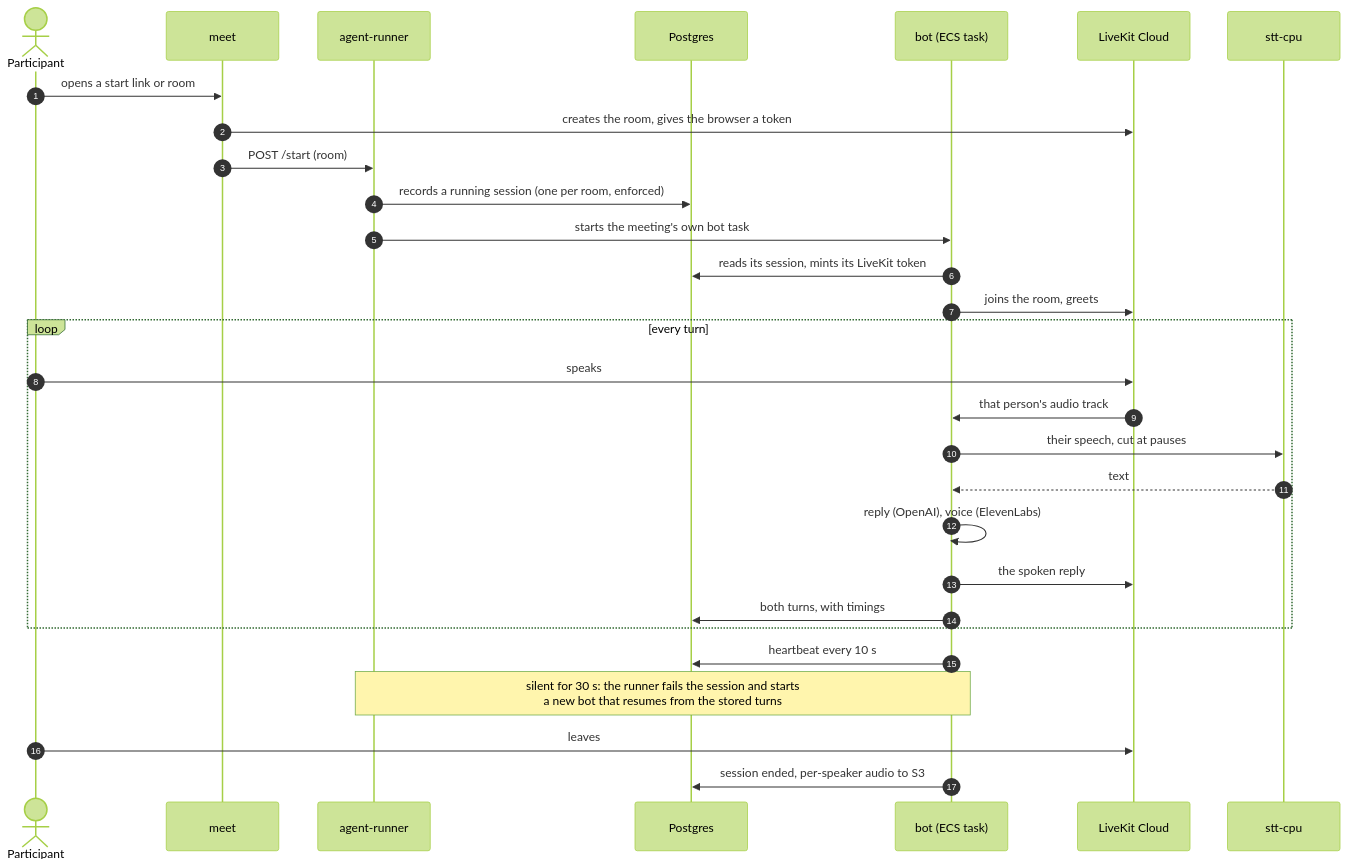
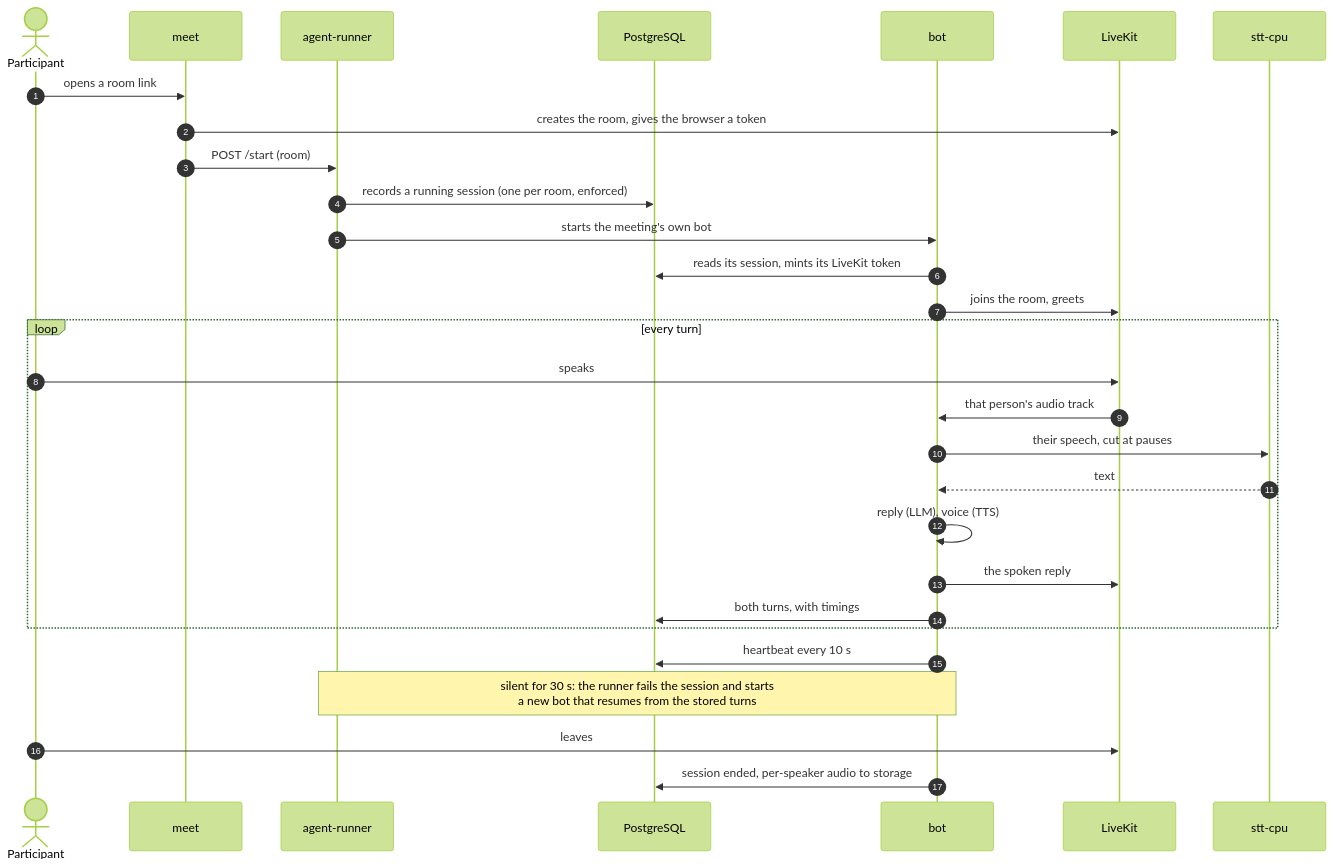
One commit to wwbp/MeetLab changed the third of 3 diagrams in README.md. Above: the diagram before and after it, drawn with Mermaid (forest theme). The commit also changed other lines of this file and 1 other file, not shown here.

First line of the commit message:
docs: README for outside contributors (C4, sequence diagram, design decisions); operations moved to deployment.md

````diff
--- a/README.md
+++ b/README.md
@@ -71,31 +99,31 @@
 ```mermaid
 sequenceDiagram
   autonumber
   actor P as Participant
   participant M as meet
   participant R as agent-runner
-  participant D as Postgres
-  participant B as bot (ECS task)
-  participant L as LiveKit Cloud
+  participant D as PostgreSQL
+  participant B as bot
+  participant L as LiveKit
   participant S as stt-cpu
-  P->>M: opens a start link or room
+  P->>M: opens a room link
   M->>L: creates the room, gives the browser a token
   M->>R: POST /start (room)
   R->>D: records a running session (one per room, enforced)
-  R->>B: starts the meeting's own bot task
+  R->>B: starts the meeting's own bot
   B->>D: reads its session, mints its LiveKit token
   B->>L: joins the room, greets
   loop every turn
     P->>L: speaks
     L->>B: that person's audio track
     B->>S: their speech, cut at pauses
     S-->>B: text
-    B->>B: reply (OpenAI), voice (ElevenLabs)
+    B->>B: reply (LLM), voice (TTS)
     B->>L: the spoken reply
     B->>D: both turns, with timings
   end
   B->>D: heartbeat every 10 s
   Note over R,B: silent for 30 s: the runner fails the session and starts<br/>a new bot that resumes from the stored turns
   P->>L: leaves
-  B->>D: session ended, per-speaker audio to S3
+  B->>D: session ended, per-speaker audio to storage
 ```
````
